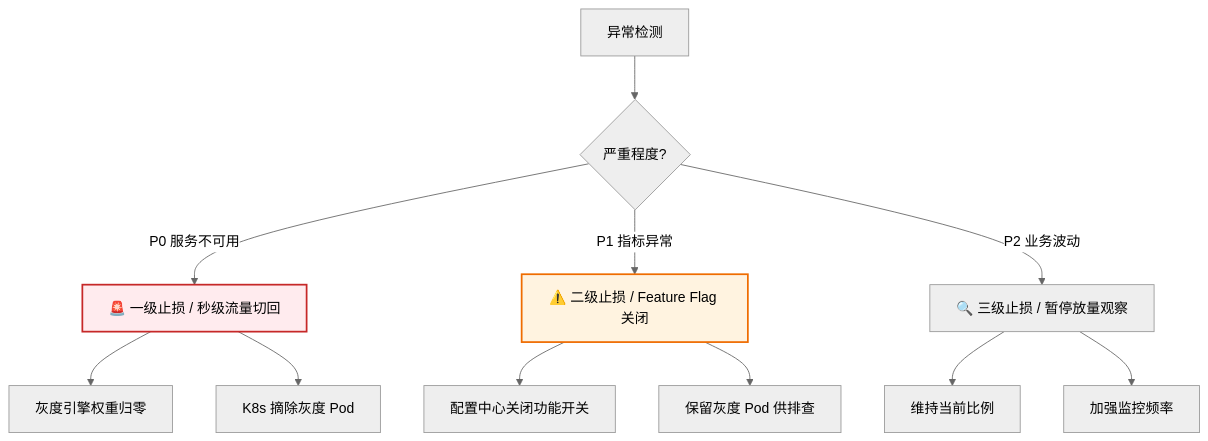
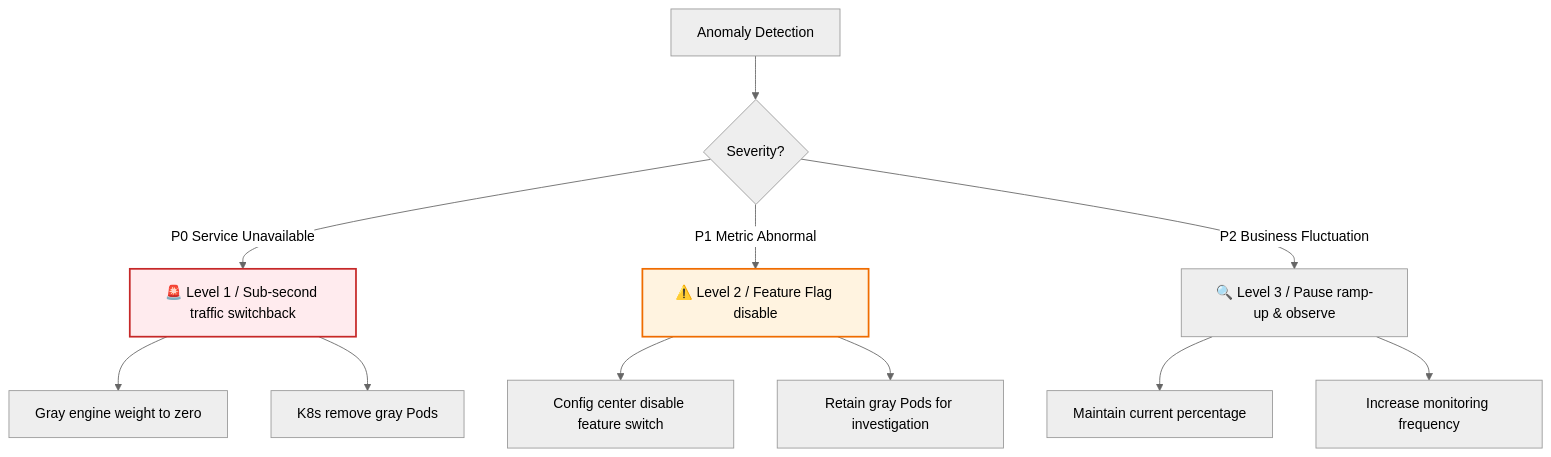
The eighth of 9 diagrams in templates/产品/交付层/【模板】灰度方案.md (Kirky-X/cangjie), drawn with Mermaid (neutral theme) before and after one commit. The commit also changed other lines of this file and 46 other files, not shown here.

````diff
--- a/templates/产品/交付层/【模板】灰度方案.md
+++ b/templates/产品/交付层/【模板】灰度方案.md
@@ -401,17 +401,17 @@
 ```mermaid
 flowchart TD
-    A[异常检测] --> B{严重程度?}
-    B -->|P0 服务不可用| C[🚨 一级止损 / 秒级流量切回]
-    B -->|P1 指标异常| D[⚠️ 二级止损 / Feature Flag 关闭]
-    B -->|P2 业务波动| E[🔍 三级止损 / 暂停放量观察]
+    A[Anomaly Detection] --> B{Severity?}
+    B -->|P0 Service Unavailable| C[🚨 Level 1 / Sub-second traffic switchback]
+    B -->|P1 Metric Abnormal| D[⚠️ Level 2 / Feature Flag disable]
+    B -->|P2 Business Fluctuation| E[🔍 Level 3 / Pause ramp-up & observe]
 
-    C --> F[灰度引擎权重归零]
-    C --> G[K8s 摘除灰度 Pod]
-    D --> H[配置中心关闭功能开关]
-    D --> I[保留灰度 Pod 供排查]
-    E --> J[维持当前比例]
-    E --> K[加强监控频率]
+    C --> F[Gray engine weight to zero]
+    C --> G[K8s remove gray Pods]
+    D --> H[Config center disable feature switch]
+    D --> I[Retain gray Pods for investigation]
+    E --> J[Maintain current percentage]
+    E --> K[Increase monitoring frequency]
 
     style C fill:#ffebee,stroke:#c62828,stroke-width:2px
     style D fill:#fff3e0,stroke:#ef6c00,stroke-width:2px
 ```
````
